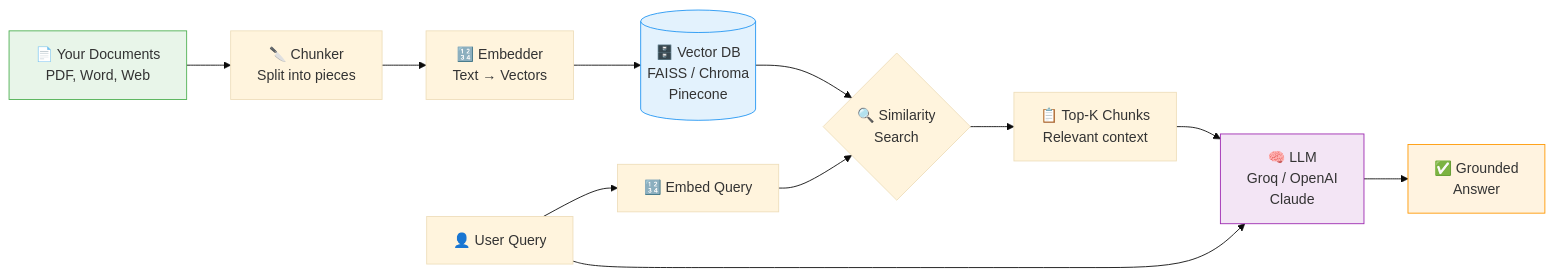
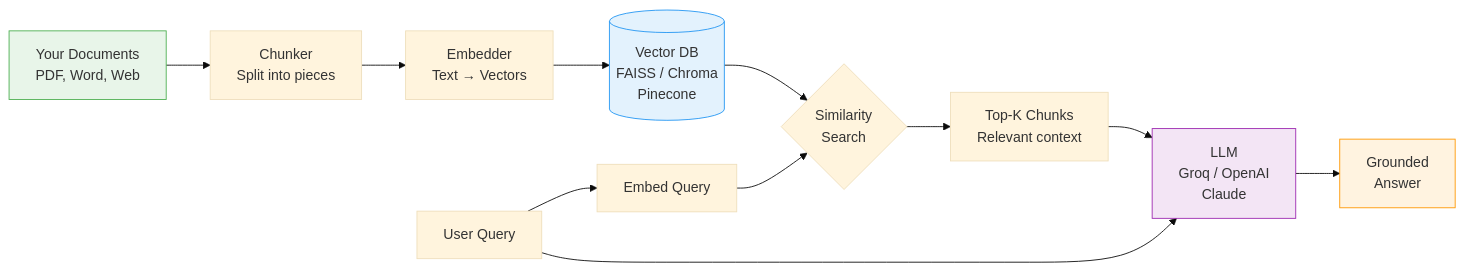
One commit to aswathh/RAG_COMPLETE_GUIDE changed the first of 5 diagrams in README.md. Above: the diagram before and after it, drawn with Mermaid (base theme). The commit also changed other lines of this file, not shown here.

````diff
--- a/README.md
+++ b/README.md
@@ -115,19 +112,19 @@
 ```mermaid
 flowchart LR
-    A[📄 Your Documents\nPDF, Word, Web] --> B[🔪 Chunker\nSplit into pieces]
-    B --> C[🔢 Embedder\nText → Vectors]
-    C --> D[(🗄️ Vector DB\nFAISS / Chroma\nPinecone)]
+    A[Your Documents\nPDF, Word, Web] --> B[Chunker\nSplit into pieces]
+    B --> C[Embedder\nText → Vectors]
+    C --> D[(Vector DB\nFAISS / Chroma\nPinecone)]
 
-    E[👤 User Query] --> F[🔢 Embed Query]
-    F --> G{🔍 Similarity\nSearch}
+    E[User Query] --> F[Embed Query]
+    F --> G{Similarity\nSearch}
     D --> G
-    G --> H[📋 Top-K Chunks\nRelevant context]
-    H --> I[🧠 LLM\nGroq / OpenAI\nClaude]
+    G --> H[Top-K Chunks\nRelevant context]
+    H --> I[LLM\nGroq / OpenAI\nClaude]
     E --> I
-    I --> J[✅ Grounded\nAnswer]
+    I --> J[Grounded\nAnswer]
 
     style A fill:#e8f5e9,stroke:#4caf50
     style D fill:#e3f2fd,stroke:#2196f3
     style I fill:#f3e5f5,stroke:#9c27b0
     style J fill:#fff3e0,stroke:#ff9800
 ```
````
